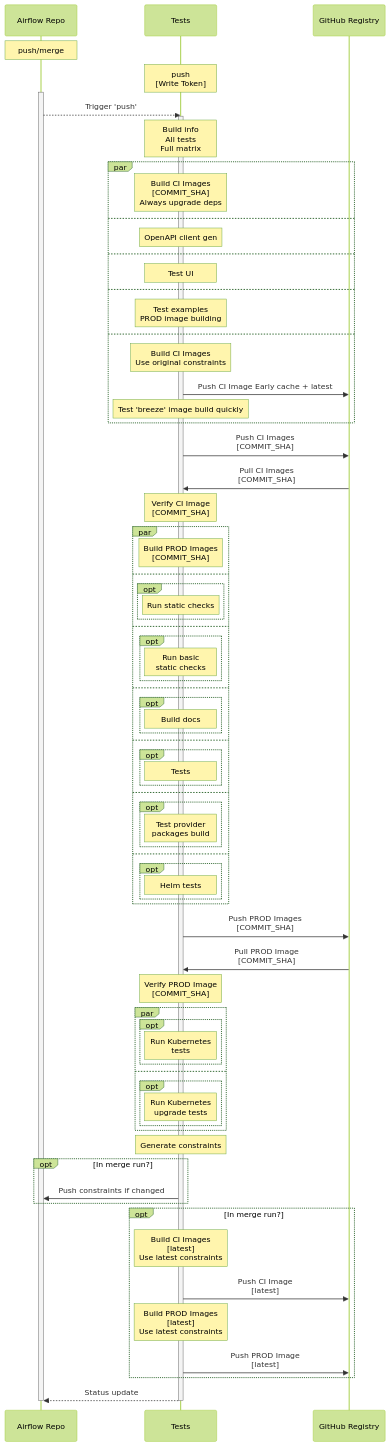
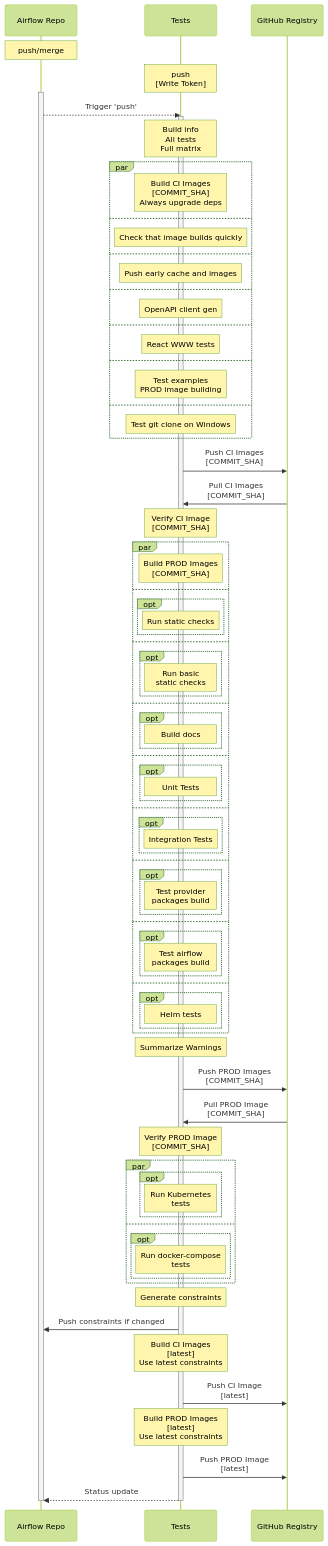
The third of 4 diagrams in CI_DIAGRAMS.md (a0x8o/airflow), drawn with Mermaid (forest theme) before and after one commit. The commit also changed other lines of this file and 43 other files, not shown here.

```diff
--- a/CI_DIAGRAMS.md
+++ b/CI_DIAGRAMS.md
@@ -191,15 +223,17 @@
     par
         Note over Tests: Build CI Images<br>[COMMIT_SHA]<br>Always upgrade deps
     and
+        Note over Tests: Check that image builds quickly
+    and
+        Note over Tests: Push early cache and images
+    and
         Note over Tests: OpenAPI client gen
     and
-        Note over Tests: Test UI
+        Note over Tests: React WWW tests
     and
         Note over Tests: Test examples<br>PROD image building
     and
-        Note over Tests: Build CI Images<br>Use original constraints
-        Tests ->> GitHub Registry: Push CI Image Early cache + latest
-        Note over Tests: Test 'breeze' image build quickly
+        Note over Tests: Test git clone on Windows
     end
     Tests ->> GitHub Registry: Push CI Images<br>[COMMIT_SHA]
     GitHub Registry ->> Tests: Pull CI Images<br>[COMMIT_SHA]
@@ -220,7 +254,11 @@
         end
     and
         opt
-            Note over Tests: Tests
+            Note over Tests: Unit Tests
+        end
+    and
+        opt
+            Note over Tests: Integration Tests
         end
     and
         opt
@@ -228,9 +266,14 @@
         end
     and
         opt
+            Note over Tests: Test airflow <br>packages build
+        end
+    and
+        opt
             Note over Tests: Helm tests
         end
     end
+    Note over Tests: Summarize Warnings
     Tests ->> GitHub Registry: Push PROD Images<br>[COMMIT_SHA]
     GitHub Registry ->> Tests: Pull PROD Image<br>[COMMIT_SHA]
     Note over Tests: Verify PROD Image<br>[COMMIT_SHA]
@@ -240,19 +283,15 @@
         end
     and
         opt
-            Note over Tests: Run Kubernetes <br>upgrade tests
+            Note over Tests: Run docker-compose <br>tests
         end
     end
     Note over Tests: Generate constraints
-    opt In merge run?
-        Tests ->> Airflow Repo: Push constraints if changed
-    end
-    opt In merge run?
-        Note over Tests: Build CI Images<br>[latest]<br>Use latest constraints
-        Tests ->> GitHub Registry: Push CI Image<br>[latest]
-        Note over Tests: Build PROD Images<br>[latest]<br>Use latest constraints
-        Tests ->> GitHub Registry: Push PROD Image<br>[latest]
-    end
+    Tests ->> Airflow Repo: Push constraints if changed
+    Note over Tests: Build CI Images<br>[latest]<br>Use latest constraints
+    Tests ->> GitHub Registry: Push CI Image<br>[latest]
+    Note over Tests: Build PROD Images<br>[latest]<br>Use latest constraints
+    Tests ->> GitHub Registry: Push PROD Image<br>[latest]
     Tests -->> Airflow Repo: Status update
     deactivate Airflow Repo
     deactivate Tests
```
